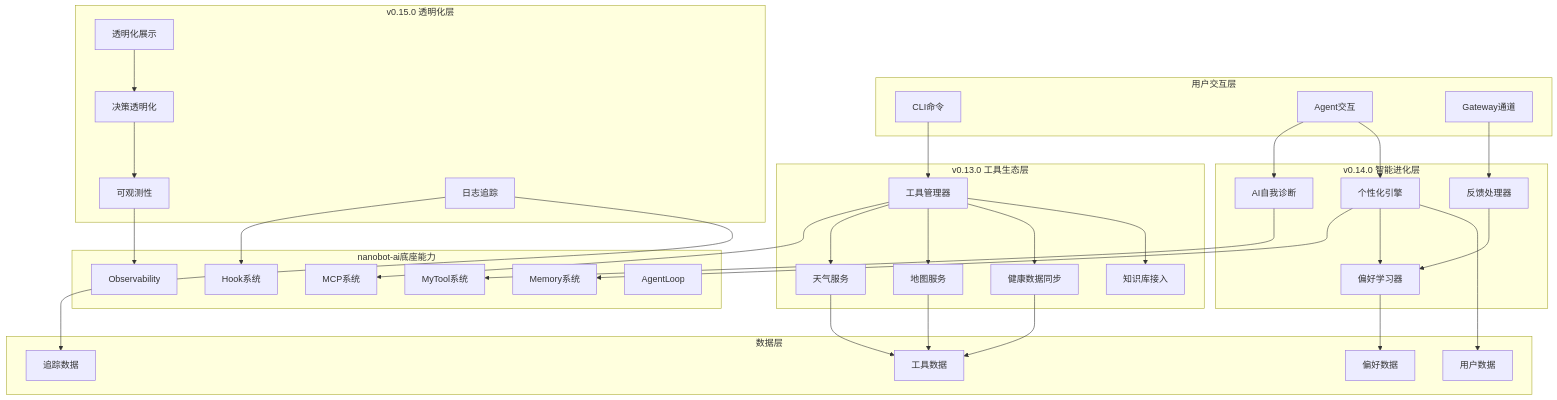
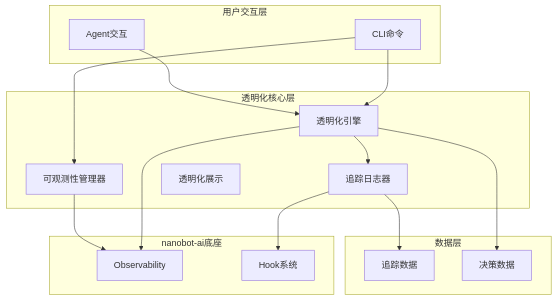
The third of 7 diagrams in docs/architecture/架构设计说明书.md (yecllsl/nanobot-runner), drawn with Mermaid before and after one commit. The commit also changed other lines of this file and 5 other files, not shown here.

````diff
--- a/docs/architecture/架构设计说明书.md
+++ b/docs/architecture/架构设计说明书.md
@@ -3190,74 +344,36 @@
 ```mermaid
 graph TB
     subgraph "用户交互层"
         CLI[CLI命令]
         AGENT[Agent交互]
-        GATEWAY[Gateway通道]
     end
     
-    subgraph "v0.13.0 工具生态层"
-        TOOL_MGR[工具管理器]
-        WEATHER[天气服务]
-        MAP[地图服务]
-        HEALTH[健康数据同步]
-        KNOWLEDGE[知识库接入]
-    end
-    
-    subgraph "v0.14.0 智能进化层"
-        SELF_DIAG[AI自我诊断]
-        PREF_ENGINE[个性化引擎]
-        FEEDBACK[反馈处理器]
-        LEARNING[偏好学习器]
-    end
-    
-    subgraph "v0.15.0 透明化层"
-        TRANSPARENCY[决策透明化]
-        OBSERVABILITY[可观测性]
-        TRACE[日志追踪]
+    subgraph "透明化核心层"
+        TRANS_ENGINE[透明化引擎]
+        OBS_MANAGER[可观测性管理器]
+        TRACE_LOGGER[追踪日志器]
         DISPLAY[透明化展示]
     end
     
-    subgraph "nanobot-ai底座能力"
-        MCP[MCP系统]
-        MEMORY[Memory系统]
-        MYTOOL[MyTool系统]
+    subgraph "nanobot-ai底座"
         OBS[Observability]
         HOOK[Hook系统]
-        AGENT_LOOP[AgentLoop]
     end
     
     subgraph "数据层"
-        TOOL_DATA[工具数据]
-        PREF_DATA[偏好数据]
         TRACE_DATA[追踪数据]
-        USER_DATA[用户数据]
+        DECISION_DATA[决策数据]
     end
     
-    CLI --> TOOL_MGR
-    AGENT --> SELF_DIAG
-    AGENT --> PREF_ENGINE
-    GATEWAY --> FEEDBACK
+    CLI --> TRANS_ENGINE
+    CLI --> OBS_MANAGER
+    AGENT --> TRANS_ENGINE
     
-    TOOL_MGR --> MCP
-    TOOL_MGR --> WEATHER
-    TOOL_MGR --> MAP
-    TOOL_MGR --> HEALTH
-    TOOL_MGR --> KNOWLEDGE
+    TRANS_ENGINE --> OBS
+    TRANS_ENGINE --> TRACE_LOGGER
+    OBS_MANAGER --> OBS
+    TRACE_LOGGER --> HOOK
     
-    SELF_DIAG --> MYTOOL
-    PREF_ENGINE --> MEMORY
-    PREF_ENGINE --> LEARNING
-    FEEDBACK --> LEARNING
-    
-    TRANSPARENCY --> OBSERVABILITY
-    OBSERVABILITY --> OBS
-    TRACE --> HOOK
-    DISPLAY --> TRANSPARENCY
-    
-    WEATHER --> TOOL_DATA
-    MAP --> TOOL_DATA
-    HEALTH --> TOOL_DATA
-    LEARNING --> PREF_DATA
-    TRACE --> TRACE_DATA
-    PREF_ENGINE --> USER_DATA
+    TRACE_LOGGER --> TRACE_DATA
+    TRANS_ENGINE --> DECISION_DATA
 ```
````
